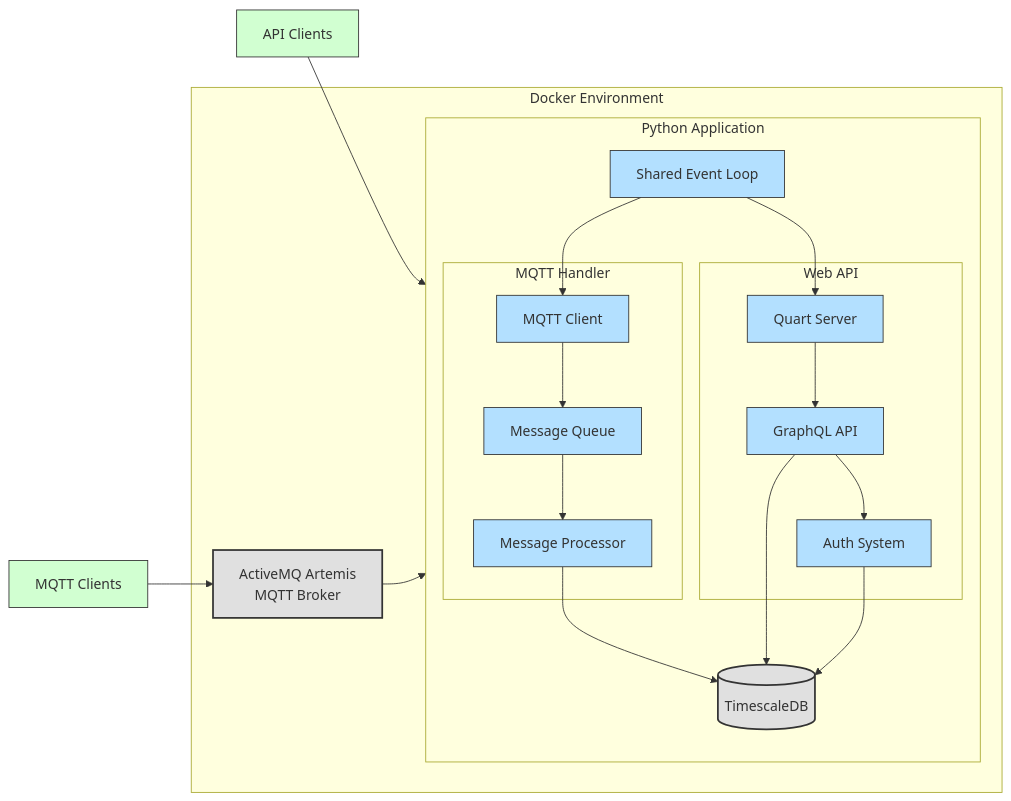
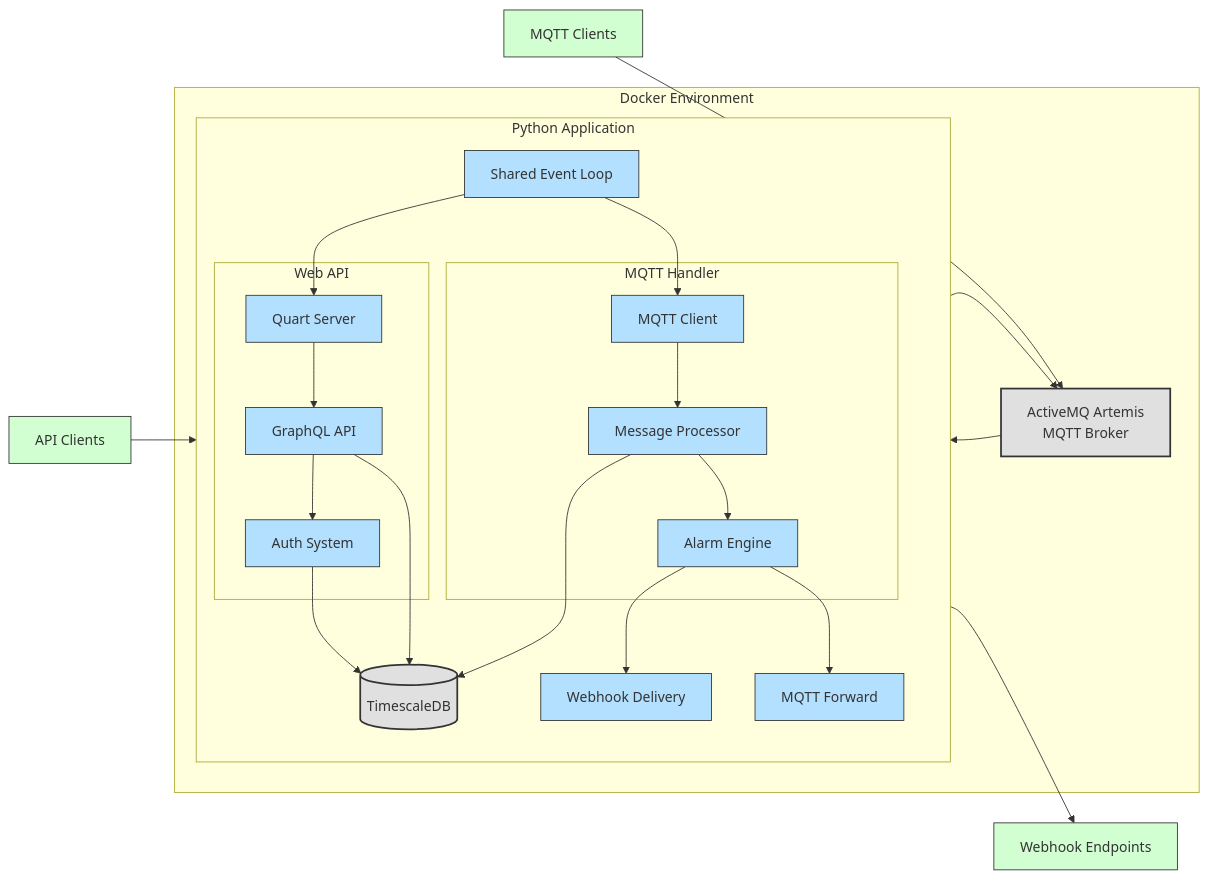
Before and after one commit to agritheory/mqtt-pg-logger: the diagram in README.md, drawn with Mermaid. The commit also changed other lines of this file and 25 other files, not shown here.

First line of the commit message:
feat: replace databases with asyncpg, add alarm MQTT forward, overhaul test isolation

````diff
--- a/README.md
+++ b/README.md
@@ -278,47 +26,50 @@
 ```mermaid
 flowchart LR
     subgraph Docker Environment
         broker[ActiveMQ Artemis\nMQTT Broker]
         db[(TimescaleDB)]
 
         subgraph Python Application
             direction TB
             event_loop[Shared Event Loop]
 
             subgraph MQTT Handler
                 mqtt_client[MQTT Client]
-                queue[Message Queue]
                 processor[Message Processor]
+                alarm_engine[Alarm Engine]
             end
 
             subgraph Web API
                 quart[Quart Server]
                 graphql[GraphQL API]
                 auth[Auth System]
             end
 
             event_loop --> mqtt_client
             event_loop --> quart
-            mqtt_client --> queue
-            queue --> processor
+            mqtt_client --> processor
             processor --> db
+            processor --> alarm_engine
+            alarm_engine --> webhook[Webhook Delivery]
+            alarm_engine --> mqtt_forward[MQTT Forward]
             quart --> graphql
             graphql --> db
             graphql --> auth
             auth --> db
         end
     end
 
     external_mqtt[MQTT Clients] --> broker
     external_api[API Clients] --> quart
-
     broker --> mqtt_client
+    webhook --> external_webhook[Webhook Endpoints]
+    mqtt_forward --> broker
 
     classDef container fill:#e0e0e0,stroke:#333,stroke-width:2px;
     classDef component fill:#b3e0ff,stroke:#333,stroke-width:1px;
     classDef external fill:#d1ffd1,stroke:#333,stroke-width:1px;
 
     class broker,db container;
-    class mqtt_client,queue,processor,quart,graphql,auth,event_loop component;
-    class external_mqtt,external_api external;
+    class mqtt_client,processor,alarm_engine,quart,graphql,auth,event_loop,webhook,mqtt_forward component;
+    class external_mqtt,external_api,external_webhook external;
 ```
````
